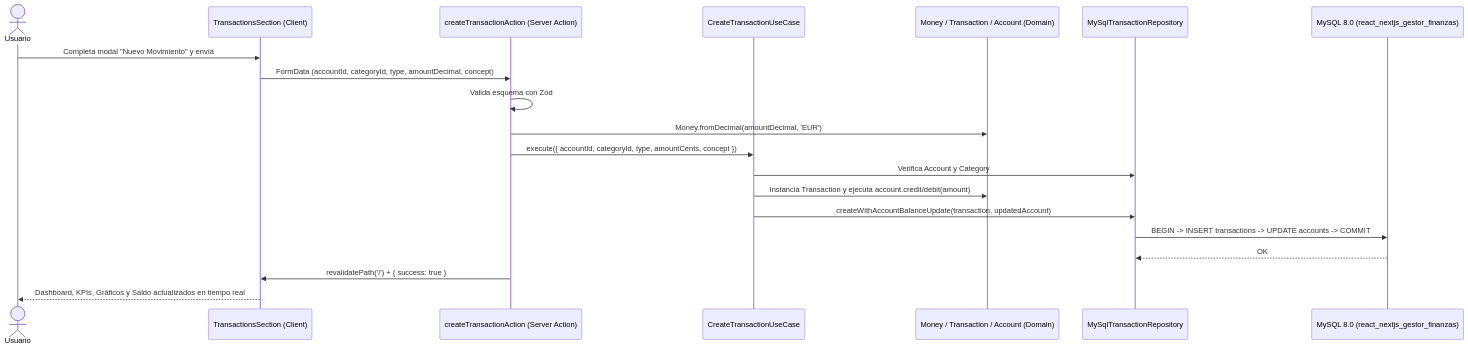
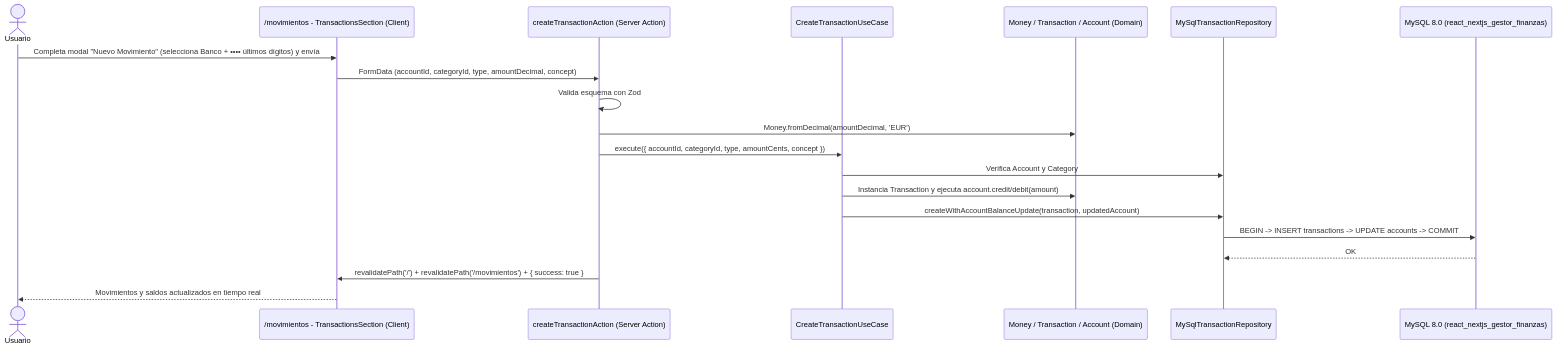
Before and after one commit to ruben-munz/react_nextjs_gestor_finanzas: the diagram in react_nexjs_gestor_finanzas/docs/features/financial-mvp.md, drawn with Mermaid. The commit also changed other lines of this file and 17 other files, not shown here.

Commit message:
página /movimientos con filtrado desde cuentas, saldo de cuenta seleccionada, últimos dígitos en selector y copyright en footer

````diff
--- a/react_nexjs_gestor_finanzas/docs/features/financial-mvp.md
+++ b/react_nexjs_gestor_finanzas/docs/features/financial-mvp.md
@@ -27,23 +27,23 @@
 ```mermaid
 sequenceDiagram
     actor User as Usuario
-    participant UI as TransactionsSection (Client)
+    participant UI as /movimientos - TransactionsSection (Client)
     participant SA as createTransactionAction (Server Action)
     participant UC as CreateTransactionUseCase
     participant VO as Money / Transaction / Account (Domain)
     participant Repo as MySqlTransactionRepository
     participant DB as MySQL 8.0 (react_nextjs_gestor_finanzas)
 
-    User->>UI: Completa modal "Nuevo Movimiento" y envía
+    User->>UI: Completa modal "Nuevo Movimiento" (selecciona Banco + •••• últimos dígitos) y envía
     UI->>SA: FormData (accountId, categoryId, type, amountDecimal, concept)
     SA->>SA: Valida esquema con Zod
     SA->>VO: Money.fromDecimal(amountDecimal, 'EUR')
     SA->>UC: execute({ accountId, categoryId, type, amountCents, concept })
     UC->>Repo: Verifica Account y Category
     UC->>VO: Instancia Transaction y ejecuta account.credit/debit(amount)
     UC->>Repo: createWithAccountBalanceUpdate(transaction, updatedAccount)
     Repo->>DB: BEGIN -> INSERT transactions -> UPDATE accounts -> COMMIT
     DB-->>Repo: OK
-    SA->>UI: revalidatePath('/') + { success: true }
-    UI-->>User: Dashboard, KPIs, Gráficos y Saldo actualizados en tiempo real
+    SA->>UI: revalidatePath('/') + revalidatePath('/movimientos') + { success: true }
+    UI-->>User: Movimientos y saldos actualizados en tiempo real
 ```
````
